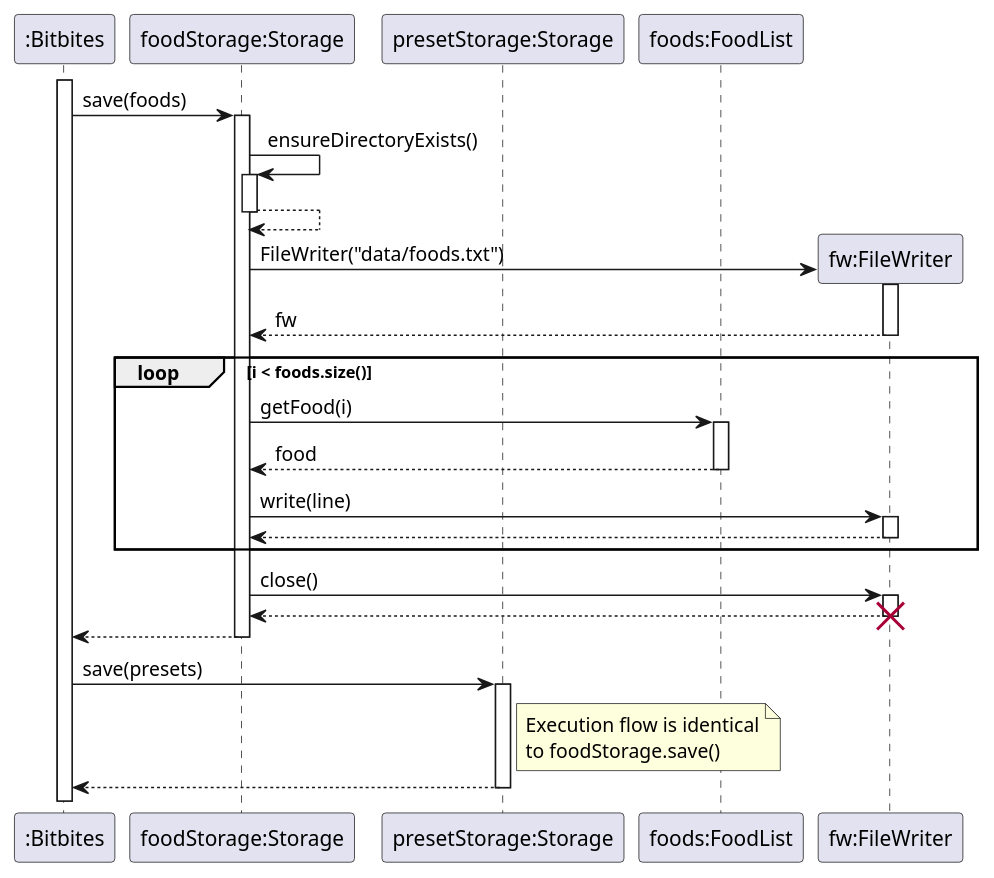
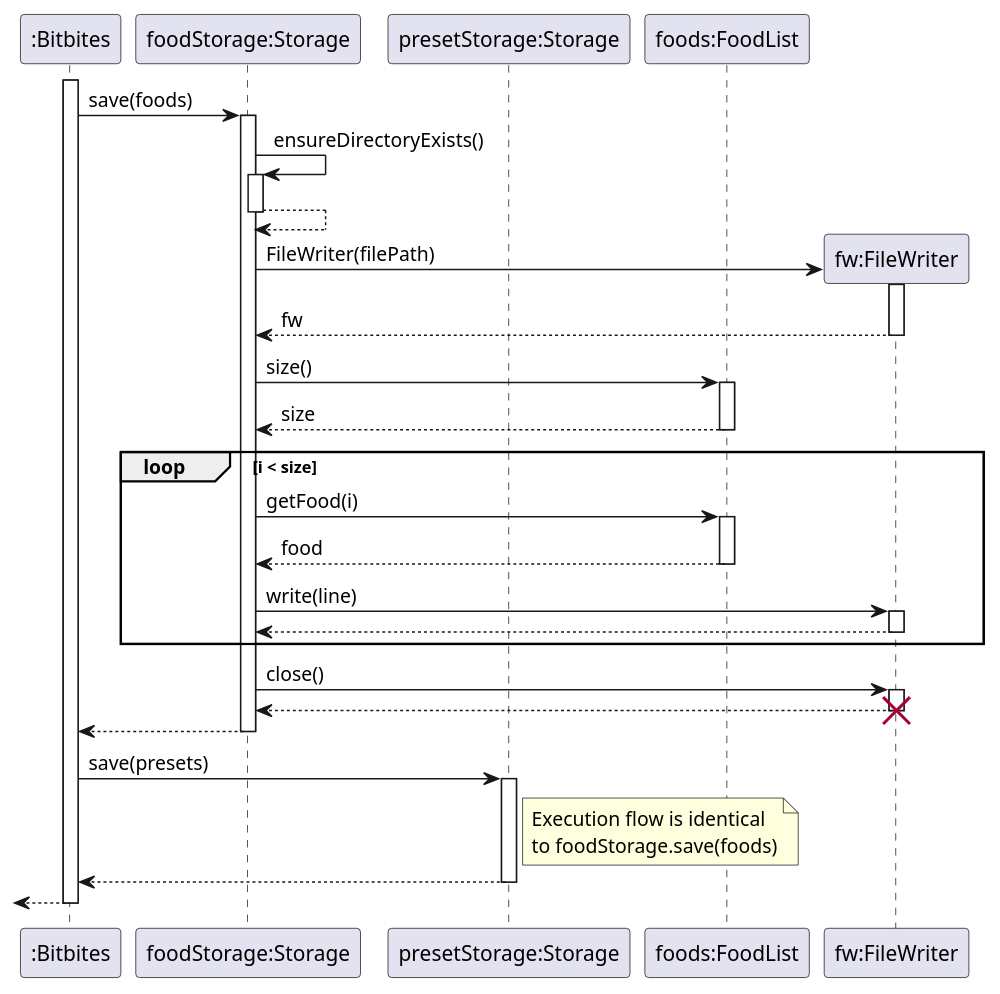
Before and after one commit to AY2526S2-CS2113-F14-2/tp: the diagram in docs/uml/storageSave.puml, drawn with PlantUML. The commit also changed 7 other files, not shown here.

Commit message:
Update UML diagrams

```diff
--- a/docs/uml/storageSave.puml
+++ b/docs/uml/storageSave.puml
@@ -1,53 +1,60 @@
 @startuml
 skinparam ArrowFontStyle normal
 
 participant ":Bitbites" as Bitbites
 participant "foodStorage:Storage" as FoodStorage
 participant "presetStorage:Storage" as PresetStorage
 participant "foods:FoodList" as FoodList
 participant "fw:FileWriter" as FileWriter
 
 activate Bitbites
 
 Bitbites -> FoodStorage : save(foods)
 activate FoodStorage
 
 FoodStorage -> FoodStorage : ensureDirectoryExists()
 activate FoodStorage
 FoodStorage --> FoodStorage
 deactivate FoodStorage
 
 create FileWriter
-FoodStorage -> FileWriter : FileWriter("data/foods.txt")
+FoodStorage -> FileWriter : FileWriter(filePath)
 activate FileWriter
 FileWriter --> FoodStorage : fw
 deactivate FileWriter
 
-loop i < foods.size()
+FoodStorage -> FoodList : size()
+activate FoodList
+FoodList --> FoodStorage : size
+deactivate FoodList
+
+loop i < size
     FoodStorage -> FoodList : getFood(i)
     activate FoodList
     FoodList --> FoodStorage : food
     deactivate FoodList
 
     FoodStorage -> FileWriter : write(line)
     activate FileWriter
     FileWriter --> FoodStorage
     deactivate FileWriter
 end
 
 FoodStorage -> FileWriter : close()
 activate FileWriter
 FileWriter --> FoodStorage
 deactivate FileWriter
 destroy FileWriter
 
 FoodStorage --> Bitbites
 deactivate FoodStorage
 
 Bitbites -> PresetStorage : save(presets)
 activate PresetStorage
-note right of PresetStorage: Execution flow is identical\nto foodStorage.save()
+note right of PresetStorage: Execution flow is identical\nto foodStorage.save(foods)
 PresetStorage --> Bitbites
 deactivate PresetStorage
 
+<-- Bitbites
+deactivate Bitbites
 @enduml
```
